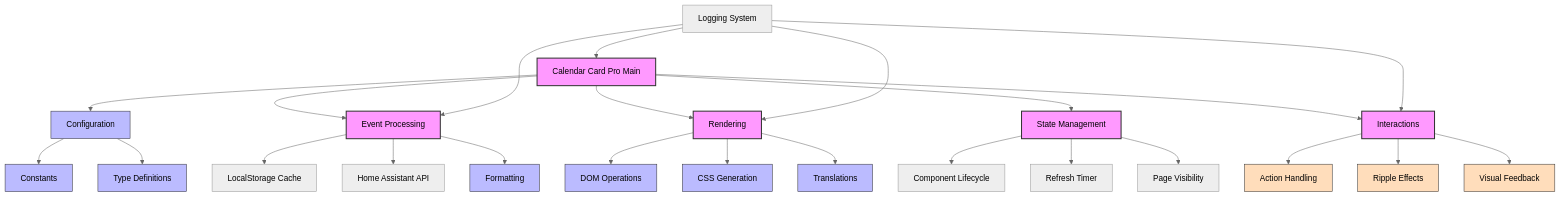
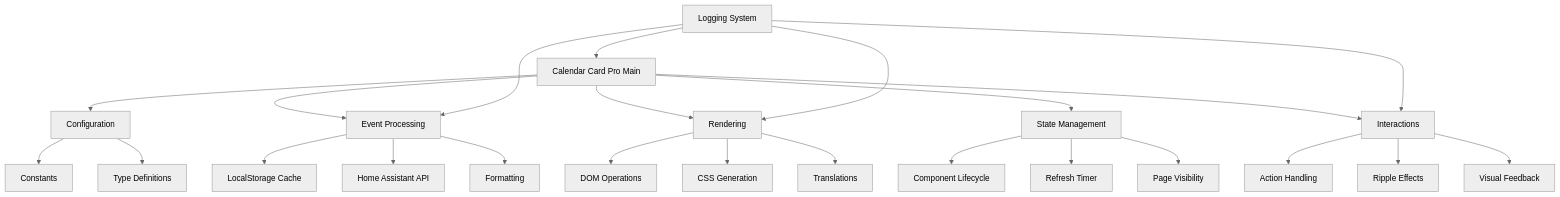
Before and after one commit to sancons20/calendar-card-pro: the diagram in docs/architecture.md, drawn with Mermaid (neutral theme). The commit also changed other lines of this file, not shown here.

Commit message:
docs: update architecture.md to reflect v2 changes

````diff
--- a/docs/architecture.md
+++ b/docs/architecture.md
@@ -152,47 +158,38 @@
 ```mermaid
 graph TD
     Main[Calendar Card Pro Main] --> Config[Configuration]
     Main --> Events[Event Processing]
     Main --> Render[Rendering]
     Main --> State[State Management]
     Main --> Inter[Interactions]
 
     %% Configuration interactions
     Config --> Constants[Constants]
     Config --> Types[Type Definitions]
 
     %% Event processing flow
     Events --> Cache[LocalStorage Cache]
     Events --> API[Home Assistant API]
     Events --> Format[Formatting]
 
     %% Rendering flow
     Render --> DOM[DOM Operations]
     Render --> Styles[CSS Generation]
     Render --> Localize[Translations]
 
     %% Interaction flow
     Inter --> Actions[Action Handling]
     Inter --> Ripple[Ripple Effects]
     Inter --> Feedback[Visual Feedback]
 
     %% State management
     State --> Lifecycle[Component Lifecycle]
     State --> Refresh[Refresh Timer]
     State --> Visibility[Page Visibility]
 
     %% Cross-cutting concerns
     Logger[Logging System] --> Main
     Logger --> Events
     Logger --> Render
     Logger --> Inter
-
-    %% Design notes
-    classDef core fill:#f9f,stroke:#333,stroke-width:2px
-    classDef util fill:#bbf,stroke:#333,stroke-width:1px
-    classDef interact fill:#fdb,stroke:#333,stroke-width:1px
-
-    class Main,Events,Render,State,Inter core
-    class Config,Constants,Types,Format,DOM,Styles,Localize util
-    class Actions,Ripple,Feedback interact
 ```
````
